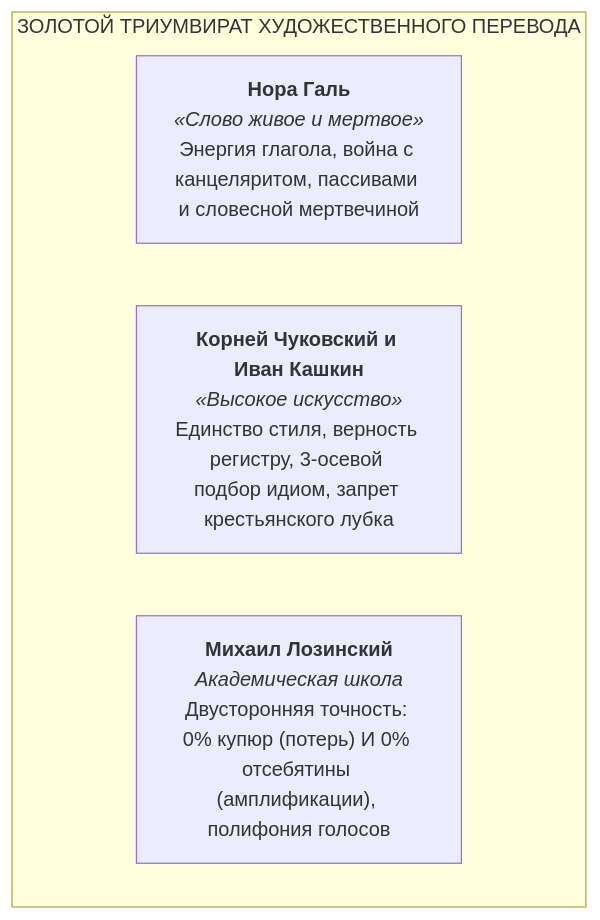
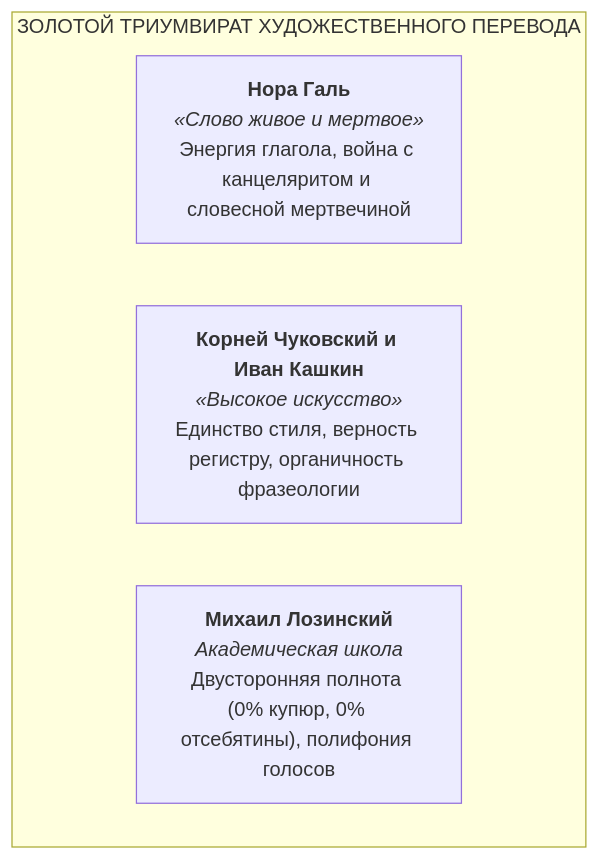
The first of 2 diagrams in README.md (lnp/classic-russian-translation), drawn with Mermaid before and after one commit. The commit also changed other lines of this file and 1 other file, not shown here.

Commit message:
feat: Autonomous Critic protocol v1.3.2, scientific grounding (LLM-as-a-Judge, WMT Literary, QMI v2.0 roadmap), and H. G. Wells examples

````diff
--- a/README.md
+++ b/README.md
@@ -31,8 +49,8 @@
 ```mermaid
 flowchart TD
-    subgraph ТРИУМВИРАТ ["ЗОЛОТОЙ ТРИУМВИРАТ ХУДОЖЕСТВЕННОГО ПЕРЕВОДА"]
-        NG["<b>Нора Галь</b><br/><i>«Слово живое и мертвое»</i><br/>Энергия глагола, война с канцеляритом, пассивами и словесной мертвечиной"]
-        KCH["<b>Корней Чуковский и Иван Кашкин</b><br/><i>«Высокое искусство»</i><br/>Единство стиля, верность регистру, 3-осевой подбор идиом, запрет крестьянского лубка"]
-        ML["<b>Михаил Лозинский</b><br/><i>Академическая школа</i><br/>Двусторонняя точность: 0% купюр (потерь) И 0% отсебятины (амплификации), полифония голосов"]
+    subgraph ТРИУМВИРАТ_ШКОЛЫ ["ЗОЛОТОЙ ТРИУМВИРАТ ХУДОЖЕСТВЕННОГО ПЕРЕВОДА"]
+        NG["<b>Нора Галь</b><br/><i>«Слово живое и мертвое»</i><br/>Энергия глагола, война с канцеляритом и словесной мертвечиной"]
+        KCH["<b>Корней Чуковский и Иван Кашкин</b><br/><i>«Высокое искусство»</i><br/>Единство стиля, верность регистру, органичность фразеологии"]
+        ML["<b>Михаил Лозинский</b><br/><i>Академическая школа</i><br/>Двусторонняя полнота (0% купюр, 0% отсебятины), полифония голосов"]
     end
 ```
````
